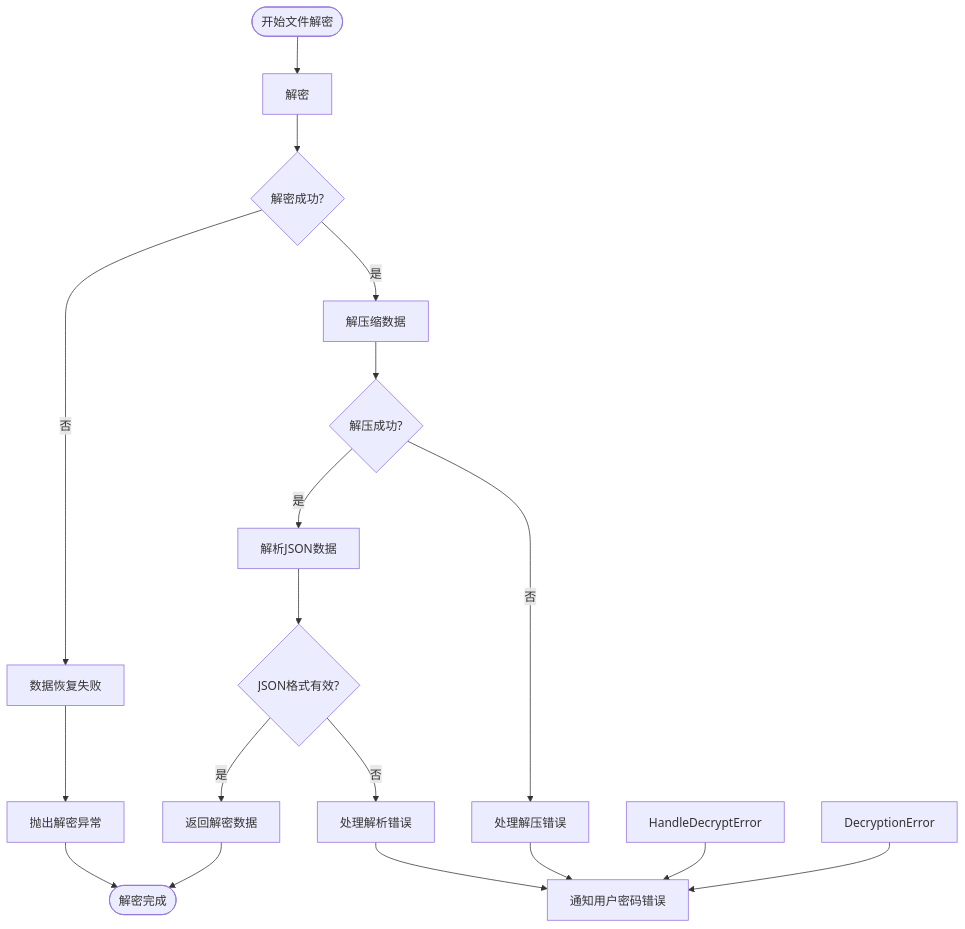
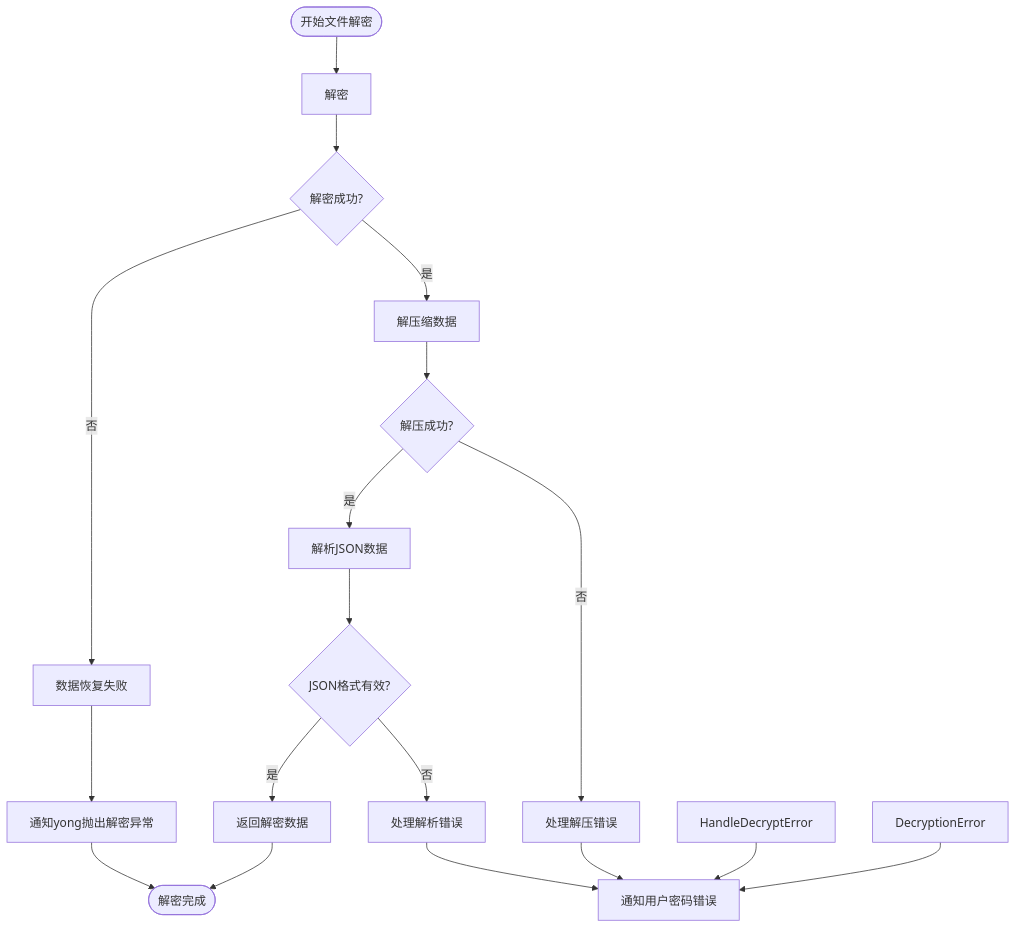
One commit to yingjianzh/iodraw-files changed the diagram in all/未命名-53.md. Above: the diagram before and after it, drawn with Mermaid.

Commit message:
2025-05-09 18:11:38 update

````diff
--- a/all/未命名-53.md
+++ b/all/未命名-53.md
@@ -1,26 +1,26 @@
 ```mermaid
 flowchart TD
     Start([开始文件解密]) --> ReadFile[解密]
     ReadFile --> DecryptionSuccess{解密成功?}
     
     DecryptionSuccess -->|否| A[数据恢复失败]
     DecryptionSuccess -->|是| DecompressData[解压缩数据]
     
     DecompressData --> DecompressionSuccess{解压成功?}
     DecompressionSuccess -->|否| HandleDecompressError[处理解压错误]
     DecompressionSuccess -->|是| ParseJSON[解析JSON数据]
     
     ParseJSON --> JSONValid{JSON格式有效?}
     JSONValid -->|否| HandleParseError[处理解析错误]
     JSONValid -->|是| ReturnDecryptedData[返回解密数据]
     
     ReturnDecryptedData --> End([解密完成])
     
     DecryptionError --> LogError[通知用户密码错误]
     HandleDecryptError --> LogError
     HandleDecompressError --> LogError
     HandleParseError --> LogError
     
-    A --> ThrowException[抛出解密异常]
+    A --> ThrowException[通知yong抛出解密异常]
     ThrowException --> End
 ```
````
